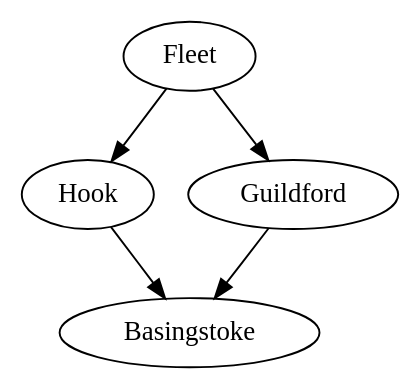
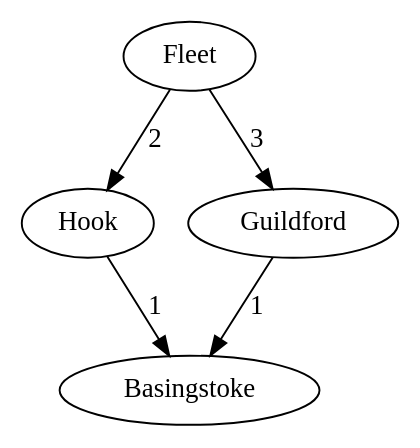
Before and after one commit to EduBotics/OO_AIML_Challenge: the diagram in graph1.gv, drawn with Graphviz. The commit also changed 5 other files, not shown here.

```diff
--- a/graph1.gv
+++ b/graph1.gv
@@ -1,11 +1,11 @@
 strict digraph {
 	Fleet
 	Hook
 	Basingstoke
 	Guildford
 
-	Fleet -> Hook [length=2]
-	Fleet -> Guildford [length=3]
-	Hook -> Basingstoke [length=1]
-	Guildford -> Basingstoke [length=1]
+	Fleet -> Hook [label="2", length=2]
+	Fleet -> Guildford [label="3", length=3]
+	Hook -> Basingstoke [label="1", length=1]
+	Guildford -> Basingstoke [label="1", length=1]
 }
```
